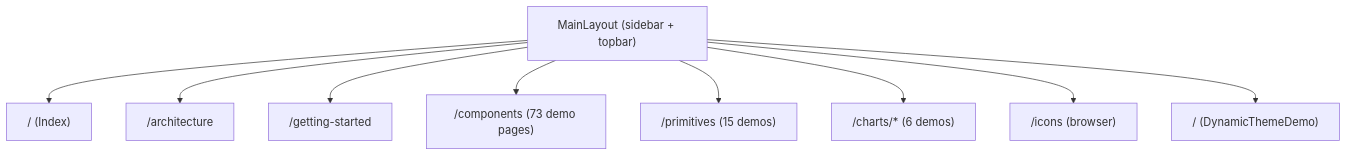
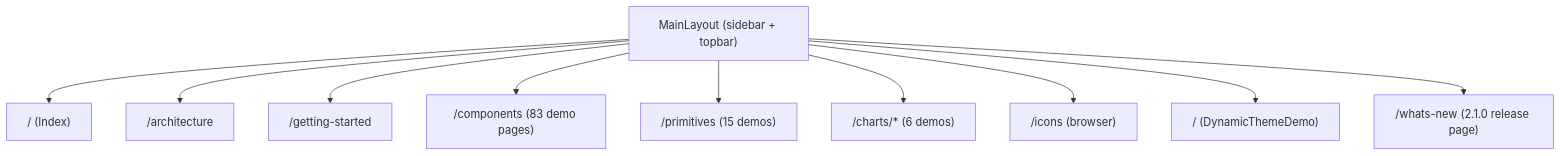
The first of 2 diagrams in docs/TrBlazeUI-DevGuide.md (techierathore/TrBlazeUI), drawn with Mermaid before and after one commit. The commit also changed other lines of this file and 283 other files, not shown here.

````diff
--- a/docs/TrBlazeUI-DevGuide.md
+++ b/docs/TrBlazeUI-DevGuide.md
@@ -22,11 +23,12 @@
 ```mermaid
 flowchart TB
   Shell["MainLayout (sidebar + topbar)"] --> Home["/ (Index)"]
   Shell --> Arch["/architecture"]
   Shell --> GS["/getting-started"]
-  Shell --> Comp["/components (73 demo pages)"]
+  Shell --> Comp["/components (83 demo pages)"]
   Shell --> Prim["/primitives (15 demos)"]
   Shell --> Charts["/charts/* (6 demos)"]
   Shell --> Icons["/icons (browser)"]
   Shell --> Theme["/ (DynamicThemeDemo)"]
+  Shell --> New["/whats-new (2.1.0 release page)"]
 ```
````
